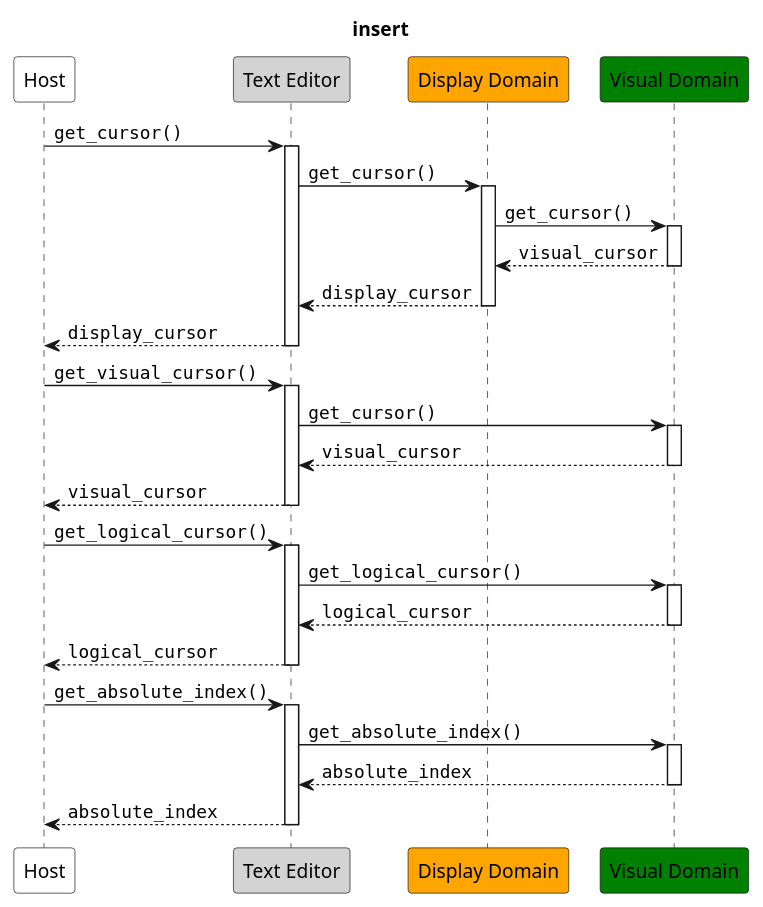
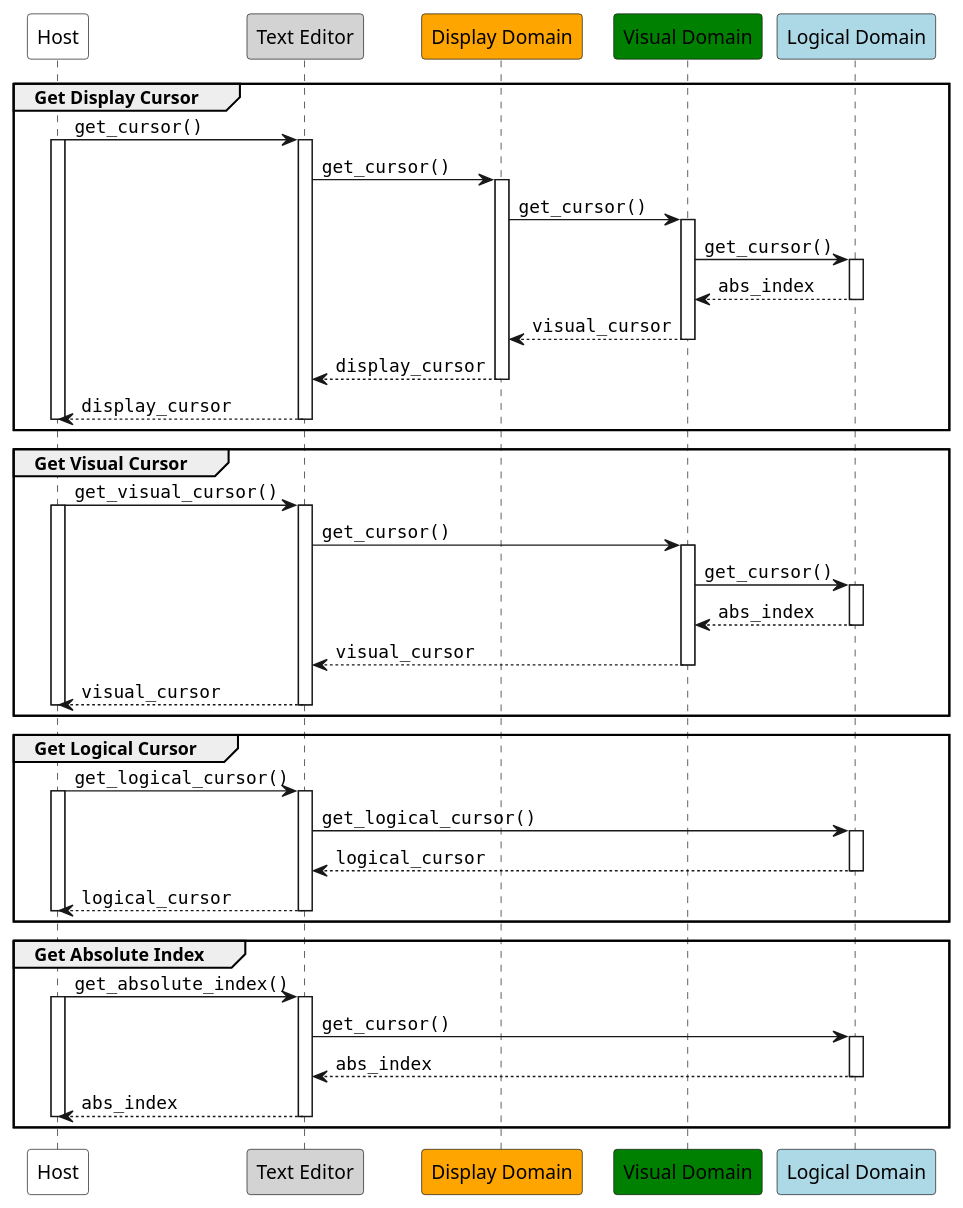
Before and after one commit to JoeRittiner/TextEngine: the diagram in docs/source/specs/architecture/diagrams/seq_get_cursor.puml, drawn with PlantUML. The commit also changed 12 other files, not shown here.

First line of the commit message:
doc: Update the index and main diagrams.

```diff
--- a/docs/source/specs/architecture/diagrams/seq_get_cursor.puml
+++ b/docs/source/specs/architecture/diagrams/seq_get_cursor.puml
@@ -1,55 +1,76 @@
 @startuml
-
-title insert
 
 participant Host as App #white
 participant "Text Editor" as Facade #lightGray
 participant "Display Domain" as DD #orange
 participant "Visual Domain" as VD #green
-' participant "Logical Domain" as LD #lightBlue
+participant "Logical Domain" as LD #lightBlue
+
+group Get Display Cursor
+    App -> Facade : ""get_cursor()""
+    activate App
+    activate Facade
+
+    Facade -> DD : ""get_cursor()""
+    activate DD
+
+    DD -> VD : ""get_cursor()""
+    activate VD
+
+    VD -> LD : ""get_cursor()""
+    activate LD
+
+    return ""abs_index""
+    return ""visual_cursor""
+    return ""display_cursor""
+    return ""display_cursor""
+    deactivate App
+end
 
 
-App -> Facade : ""get_cursor()""
-activate Facade
+group Get Visual Cursor
+    App -> Facade : ""get_visual_cursor()""
+    activate App
+    activate Facade
 
-Facade -> DD : ""get_cursor()""
-activate DD
+    Facade -> VD : ""get_cursor()""
+    activate VD
 
-DD -> VD : ""get_cursor()""
-activate VD
+    VD -> LD : ""get_cursor()""
+    activate LD
 
-return ""visual_cursor""
-return ""display_cursor""
-return ""display_cursor""
+    return ""abs_index""
+    return ""visual_cursor""
+    return ""visual_cursor""
+    deactivate App
+end
 
 
-App -> Facade : ""get_visual_cursor()""
-activate Facade
+group Get Logical Cursor
+    App -> Facade : ""get_logical_cursor()""
+        activate App
+    activate Facade
 
-Facade -> VD : ""get_cursor()""
-activate VD
+    Facade -> LD : ""get_logical_cursor()""
+    activate LD
 
-return ""visual_cursor""
-return ""visual_cursor""
+    return ""logical_cursor""
+    return ""logical_cursor""
+    deactivate App
+end
 
 
-App -> Facade : ""get_logical_cursor()""
-activate Facade
+group Get Absolute Index
+    App -> Facade : ""get_absolute_index()""
+        activate App
+    activate Facade
 
-Facade -> VD : ""get_logical_cursor()""
-activate VD
+    Facade -> LD : ""get_cursor()""
+    activate LD
 
-return ""logical_cursor""
-return ""logical_cursor""
-
-
-App -> Facade : ""get_absolute_index()""
-activate Facade
-
-Facade -> VD : ""get_absolute_index()""
-activate VD
-
-return ""absolute_index""
-return ""absolute_index""
+    return ""abs_index""
+    return ""abs_index""
+    deactivate App
+end
 
 @enduml
```
